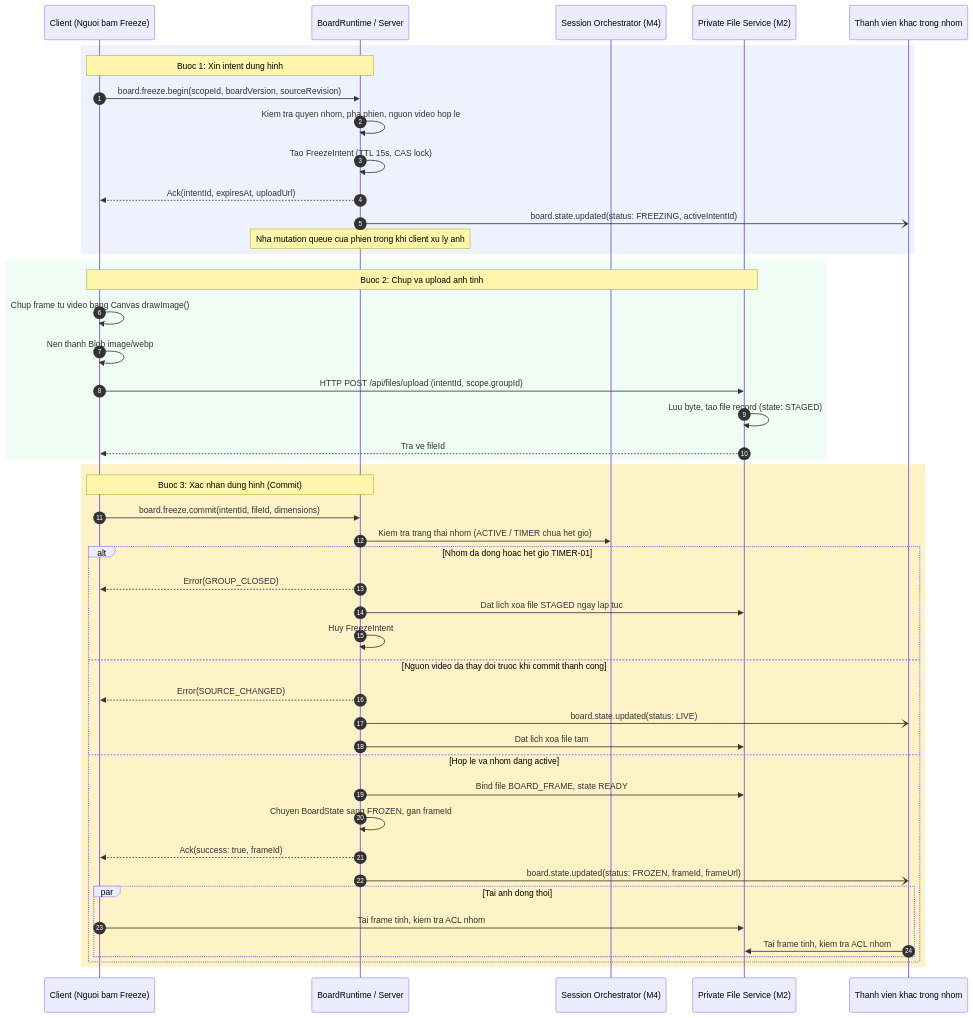
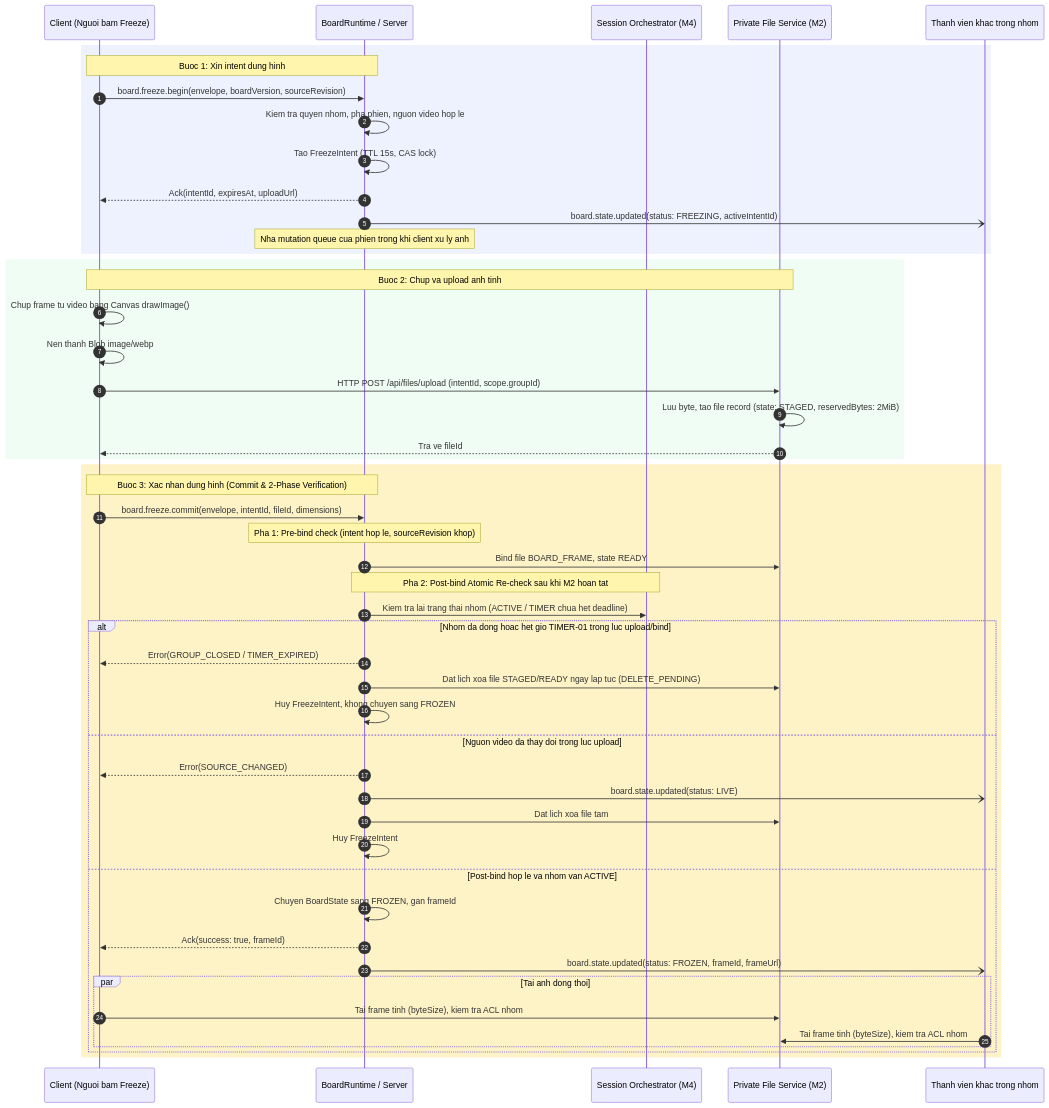
One commit to Lightning1507/CoLearnia changed the fifth of 13 diagrams in docs/proposals/m5-board.md. Above: the diagram before and after it, drawn with Mermaid. The commit also changed other lines of this file, not shown here.

Commit message:
docs(board): address collaborator review on files schema, sync, permissions, and wbs

````diff
--- a/docs/proposals/m5-board.md
+++ b/docs/proposals/m5-board.md
@@ -568,52 +593,55 @@
 ```mermaid
 sequenceDiagram
-autonumber
-participant C as Client (Nguoi bam Freeze)
-participant S as BoardRuntime / Server
-participant M4 as Session Orchestrator (M4)
-participant F as Private File Service (M2)
-participant G as Thanh vien khac trong nhom
+  autonumber
+  participant C as Client (Nguoi bam Freeze)
+  participant S as BoardRuntime / Server
+  participant M4 as Session Orchestrator (M4)
+  participant F as Private File Service (M2)
+  participant G as Thanh vien khac trong nhom
 
-rect rgb(238, 242, 255)
-Note over C,S: Buoc 1: Xin intent dung hinh
-C->>S: board.freeze.begin(scopeId, boardVersion, sourceRevision)
-S->>S: Kiem tra quyen nhom, pha phien, nguon video hop le
-S->>S: Tao FreezeIntent (TTL 15s, CAS lock)
-S-->>C: Ack(intentId, expiresAt, uploadUrl)
-S-)G: board.state.updated(status: FREEZING, activeIntentId)
-Note over S: Nha mutation queue cua phien trong khi client xu ly anh
-end
+  rect rgb(238, 242, 255)
+    Note over C,S: Buoc 1: Xin intent dung hinh
+    C->>S: board.freeze.begin(envelope, boardVersion, sourceRevision)
+    S->>S: Kiem tra quyen nhom, pha phien, nguon video hop le
+    S->>S: Tao FreezeIntent (TTL 15s, CAS lock)
+    S-->>C: Ack(intentId, expiresAt, uploadUrl)
+    S-)G: board.state.updated(status: FREEZING, activeIntentId)
+    Note over S: Nha mutation queue cua phien trong khi client xu ly anh
+  end
 
-rect rgb(240, 253, 244)
-Note over C,F: Buoc 2: Chup va upload anh tinh
-C->>C: Chup frame tu video bang Canvas drawImage()
-C->>C: Nen thanh Blob image/webp
-C->>F: HTTP POST /api/files/upload (intentId, scope.groupId)
-F->>F: Luu byte, tao file record (state: STAGED)
-F-->>C: Tra ve fileId
-end
+  rect rgb(240, 253, 244)
+    Note over C,F: Buoc 2: Chup va upload anh tinh
+    C->>C: Chup frame tu video bang Canvas drawImage()
+    C->>C: Nen thanh Blob image/webp
+    C->>F: HTTP POST /api/files/upload (intentId, scope.groupId)
+    F->>F: Luu byte, tao file record (state: STAGED, reservedBytes: 2MiB)
+    F-->>C: Tra ve fileId
+  end
 
-rect rgb(254, 243, 199)
-Note over C,S: Buoc 3: Xac nhan dung hinh (Commit)
-C->>S: board.freeze.commit(intentId, fileId, dimensions)
-S->>M4: Kiem tra trang thai nhom (ACTIVE / TIMER chua het gio)
-alt Nhom da dong hoac het gio TIMER-01
-S-->>C: Error(GROUP_CLOSED)
-S->>F: Dat lich xoa file STAGED ngay lap tuc
-S->>S: Huy FreezeIntent
-else Nguon video da thay doi truoc khi commit thanh cong
-S-->>C: Error(SOURCE_CHANGED)
-S-)G: board.state.updated(status: LIVE)
-S->>F: Dat lich xoa file tam
-else Hop le va nhom dang active
-S->>F: Bind file BOARD_FRAME, state READY
-S->>S: Chuyen BoardState sang FROZEN, gan frameId
-S-->>C: Ack(success: true, frameId)
-S-)G: board.state.updated(status: FROZEN, frameId, frameUrl)
-par Tai anh dong thoi
-C->>F: Tai frame tinh, kiem tra ACL nhom
-G->>F: Tai frame tinh, kiem tra ACL nhom
-end
-end
-end
+  rect rgb(254, 243, 199)
+    Note over C,S: Buoc 3: Xac nhan dung hinh (Commit & 2-Phase Verification)
+    C->>S: board.freeze.commit(envelope, intentId, fileId, dimensions)
+    Note over S: Pha 1: Pre-bind check (intent hop le, sourceRevision khop)
+    S->>F: Bind file BOARD_FRAME, state READY
+    Note over S,M4: Pha 2: Post-bind Atomic Re-check sau khi M2 hoan tat
+    S->>M4: Kiem tra lai trang thai nhom (ACTIVE / TIMER chua het deadline)
+    alt Nhom da dong hoac het gio TIMER-01 trong luc upload/bind
+      S-->>C: Error(GROUP_CLOSED / TIMER_EXPIRED)
+      S->>F: Dat lich xoa file STAGED/READY ngay lap tuc (DELETE_PENDING)
+      S->>S: Huy FreezeIntent, khong chuyen sang FROZEN
+    else Nguon video da thay doi trong luc upload
+      S-->>C: Error(SOURCE_CHANGED)
+      S-)G: board.state.updated(status: LIVE)
+      S->>F: Dat lich xoa file tam
+      S->>S: Huy FreezeIntent
+    else Post-bind hop le va nhom van ACTIVE
+      S->>S: Chuyen BoardState sang FROZEN, gan frameId
+      S-->>C: Ack(success: true, frameId)
+      S-)G: board.state.updated(status: FROZEN, frameId, frameUrl)
+      par Tai anh dong thoi
+        C->>F: Tai frame tinh (byteSize), kiem tra ACL nhom
+        G->>F: Tai frame tinh (byteSize), kiem tra ACL nhom
+      end
+    end
+  end
 ```
````
